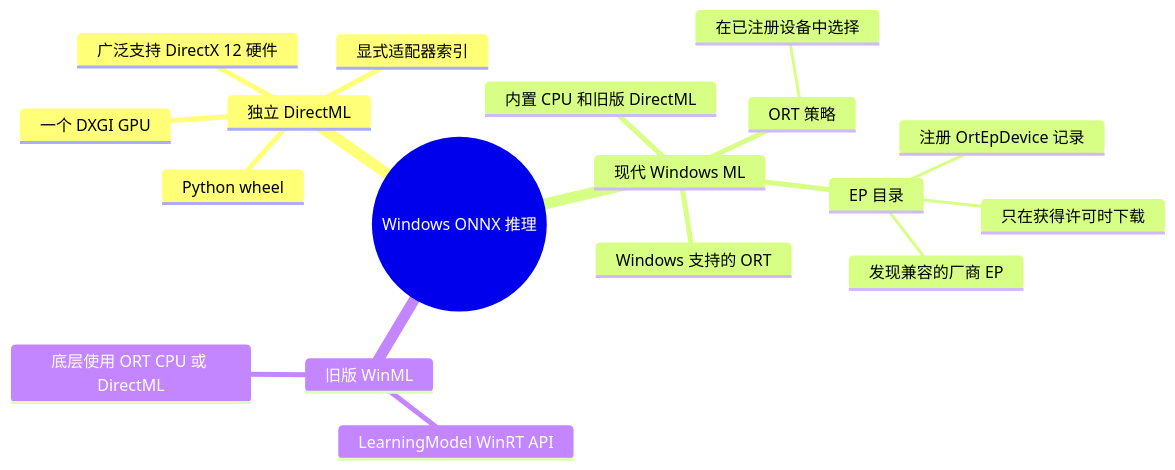
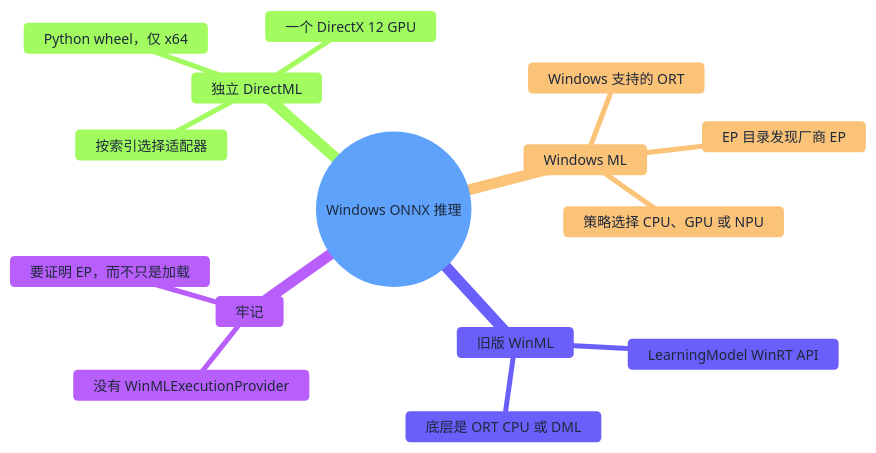
The first of 12 diagrams in DirectML/README.zh-CN.md (DakeQQ/Tutorial-ONNX-Runtime-Execution-Providers), drawn with Mermaid before and after one commit. The commit also changed other lines of this file and 15 other files, not shown here.

````diff
--- a/DirectML/README.zh-CN.md
+++ b/DirectML/README.zh-CN.md
@@ -34,22 +58,19 @@
 ```mermaid
-%%{init: {"themeCSS": ".mindmap-node:not(.section-root) text { fill: #20242b !important; } .mindmap-node:not(.section-root) span { color: #20242b !important; }"}}%%
+%%{init: {"theme":"base","themeVariables":{"fontSize":"14px","primaryColor":"#dbeafe","primaryTextColor":"#1e293b","primaryBorderColor":"#3b82f6","lineColor":"#94a3b8"},"themeCSS":".mindmap-node text{fill:#1e293b !important;} .mindmap-node span{color:#1e293b !important;}"}}%%
 mindmap
   root((Windows ONNX 推理))
     独立 DirectML
-      Python wheel
-      一个 DXGI GPU
-      显式适配器索引
-      广泛支持 DirectX 12 硬件
-    现代 Windows ML
+      Python wheel，仅 x64
+      一个 DirectX 12 GPU
+      按索引选择适配器
+    Windows ML
       Windows 支持的 ORT
-      内置 CPU 和旧版 DirectML
-      EP 目录
-        发现兼容的厂商 EP
-        只在获得许可时下载
-        注册 OrtEpDevice 记录
-      ORT 策略
-        在已注册设备中选择
+      EP 目录发现厂商 EP
+      策略选择 CPU、GPU 或 NPU
     旧版 WinML
       LearningModel WinRT API
-      底层使用 ORT CPU 或 DirectML
+      底层是 ORT CPU 或 DML
+    牢记
+      没有 WinMLExecutionProvider
+      要证明 EP，而不只是加载
 ```
````
